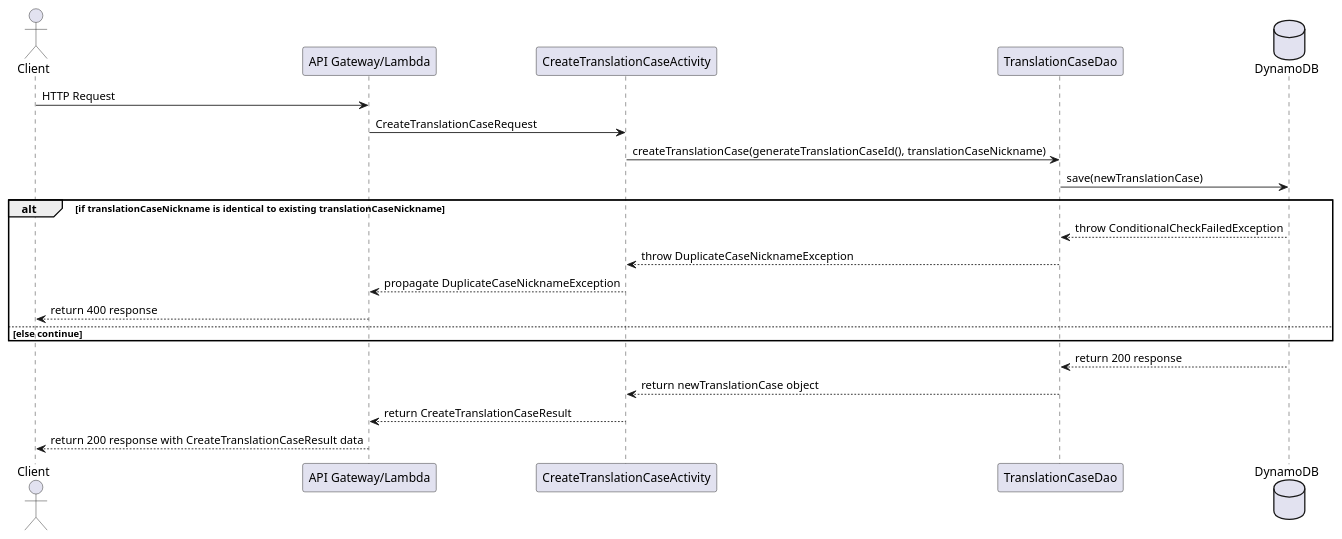
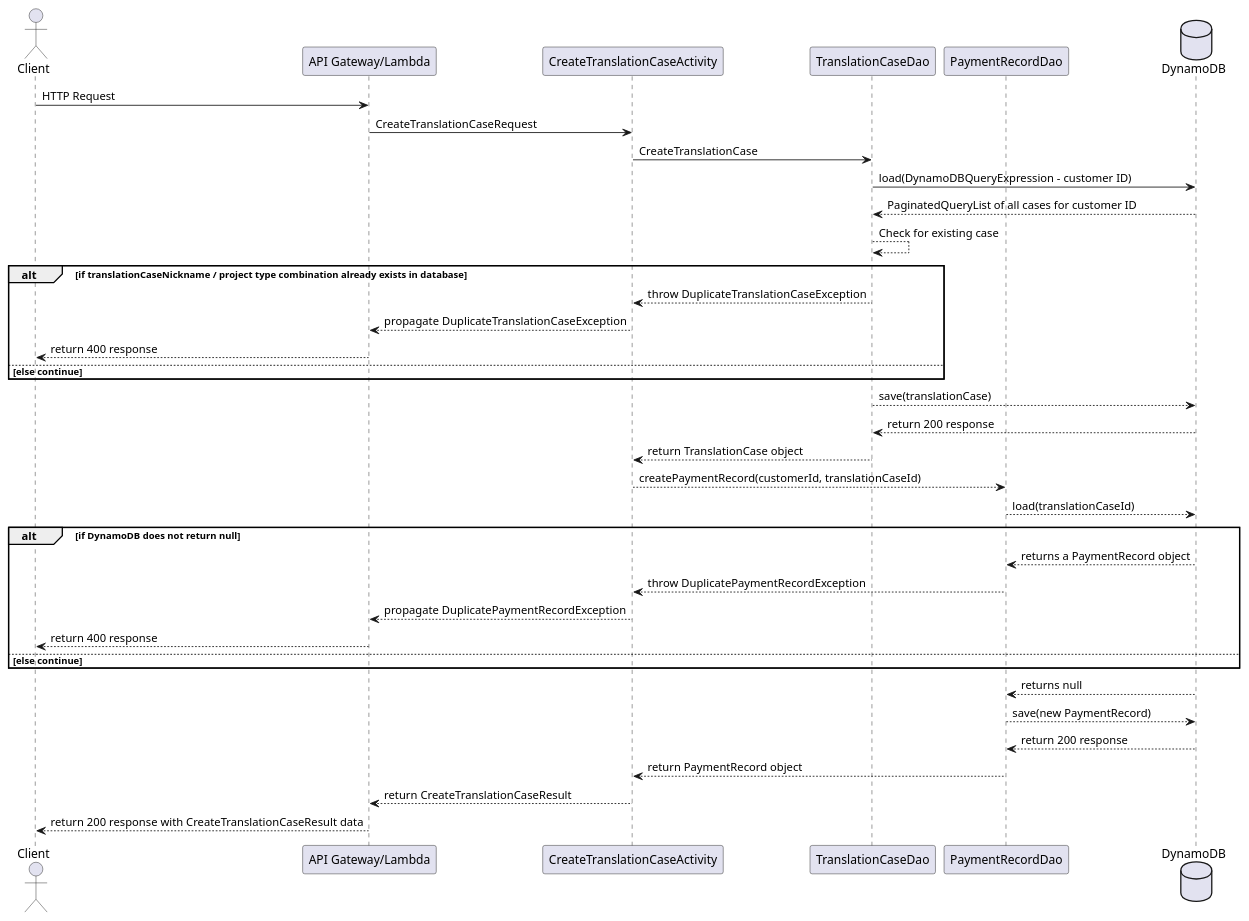
Before and after one commit to usedtothink/translation-tracker: the diagram in resources/CreateTranslationCase-Sequence.puml, drawn with PlantUML. The commit also changed 30 other files, not shown here.

```diff
--- a/resources/CreateTranslationCase-Sequence.puml
+++ b/resources/CreateTranslationCase-Sequence.puml
@@ -1,28 +1,46 @@
 @startuml
 
 actor Client
 participant "API Gateway/Lambda"
 participant CreateTranslationCaseActivity
 participant TranslationCaseDao
+participant PaymentRecordDao
 database    DynamoDB
 
 Client -> "API Gateway/Lambda" : HTTP Request
 "API Gateway/Lambda" -> CreateTranslationCaseActivity : CreateTranslationCaseRequest
 
-CreateTranslationCaseActivity -> TranslationCaseDao : createTranslationCase(generateTranslationCaseId(), translationCaseNickname)
-TranslationCaseDao -> DynamoDB : save(newTranslationCase)
+CreateTranslationCaseActivity -> TranslationCaseDao : CreateTranslationCase
+TranslationCaseDao -> DynamoDB : load(DynamoDBQueryExpression - customer ID)
+DynamoDB --> TranslationCaseDao: PaginatedQueryList of all cases for customer ID
+TranslationCaseDao --> TranslationCaseDao : Check for existing case
 
-alt if translationCaseNickname is identical to existing translationCaseNickname
-    DynamoDB --> TranslationCaseDao: throw ConditionalCheckFailedException
-    TranslationCaseDao --> CreateTranslationCaseActivity: throw DuplicateCaseNicknameException
-    CreateTranslationCaseActivity --> "API Gateway/Lambda": propagate DuplicateCaseNicknameException
+alt if translationCaseNickname / project type combination already exists in database
+    TranslationCaseDao --> CreateTranslationCaseActivity: throw DuplicateTranslationCaseException
+    CreateTranslationCaseActivity --> "API Gateway/Lambda": propagate DuplicateTranslationCaseException
     "API Gateway/Lambda" --> Client : return 400 response
 else else continue
 end
 
+TranslationCaseDao --> DynamoDB : save(translationCase)
 DynamoDB --> TranslationCaseDao : return 200 response
-TranslationCaseDao --> CreateTranslationCaseActivity : return newTranslationCase object
+TranslationCaseDao --> CreateTranslationCaseActivity : return TranslationCase object
+CreateTranslationCaseActivity --> PaymentRecordDao : createPaymentRecord(customerId, translationCaseId)
+PaymentRecordDao --> DynamoDB : load(translationCaseId)
+
+alt if DynamoDB does not return null
+    DynamoDB --> PaymentRecordDao : returns a PaymentRecord object
+    PaymentRecordDao --> CreateTranslationCaseActivity: throw DuplicatePaymentRecordException
+    CreateTranslationCaseActivity --> "API Gateway/Lambda": propagate DuplicatePaymentRecordException
+    "API Gateway/Lambda" --> Client : return 400 response
+else else continue
+end
+
+DynamoDB --> PaymentRecordDao : returns null
+PaymentRecordDao --> DynamoDB : save(new PaymentRecord)
+DynamoDB --> PaymentRecordDao : return 200 response
+PaymentRecordDao --> CreateTranslationCaseActivity : return PaymentRecord object
 CreateTranslationCaseActivity --> "API Gateway/Lambda" : return CreateTranslationCaseResult
 "API Gateway/Lambda" --> Client : return 200 response with CreateTranslationCaseResult data
 
 @enduml
```
